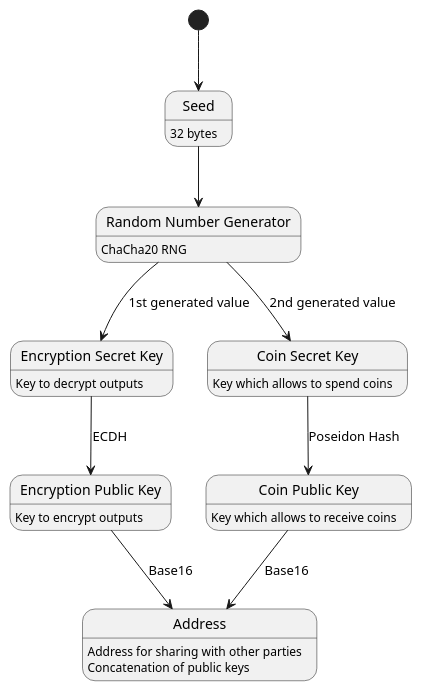
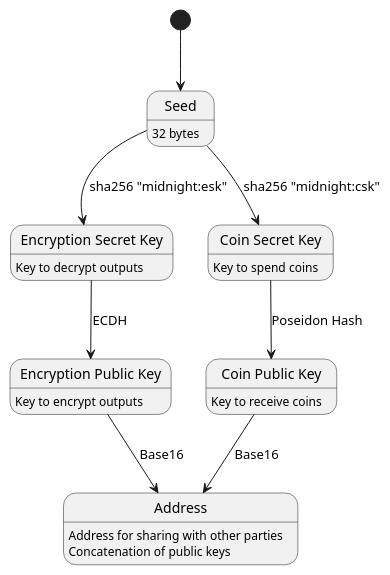
Before and after one commit to midnightntwrk/midnight-architecture: the diagram in components/WalletEngine/keys.puml, drawn with PlantUML. The commit also changed 2 other files, not shown here.

Commit message:
[PM-9873] Propose implementation-independent way to derive zswap keys from seed

```diff
--- a/components/WalletEngine/keys.puml
+++ b/components/WalletEngine/keys.puml
@@ -1,20 +1,18 @@
 @startuml
 
 [*] --> seed
-seed --> RNG
-RNG --> ESK: 1st generated value
-RNG --> CSK: 2nd generated value
+seed --> ESK: sha256 "midnight:esk"
+seed --> CSK: sha256 "midnight:csk"
 ESK --> EPK: ECDH
 CSK --> CPK: Poseidon Hash
 EPK --> addr: Base16
 CPK --> addr: Base16
 
 state "Seed" as seed: 32 bytes
-state "Random Number Generator" as RNG: ChaCha20 RNG
 state "Encryption Secret Key" as ESK: Key to decrypt outputs
 state "Encryption Public Key" as EPK: Key to encrypt outputs
-state "Coin Secret Key" as CSK: Key which allows to spend coins
-state "Coin Public Key" as CPK: Key which allows to receive coins
+state "Coin Secret Key" as CSK: Key to spend coins
+state "Coin Public Key" as CPK: Key to receive coins
 state "Address" as addr: Address for sharing with other parties\nConcatenation of public keys
 
 @enduml
```
